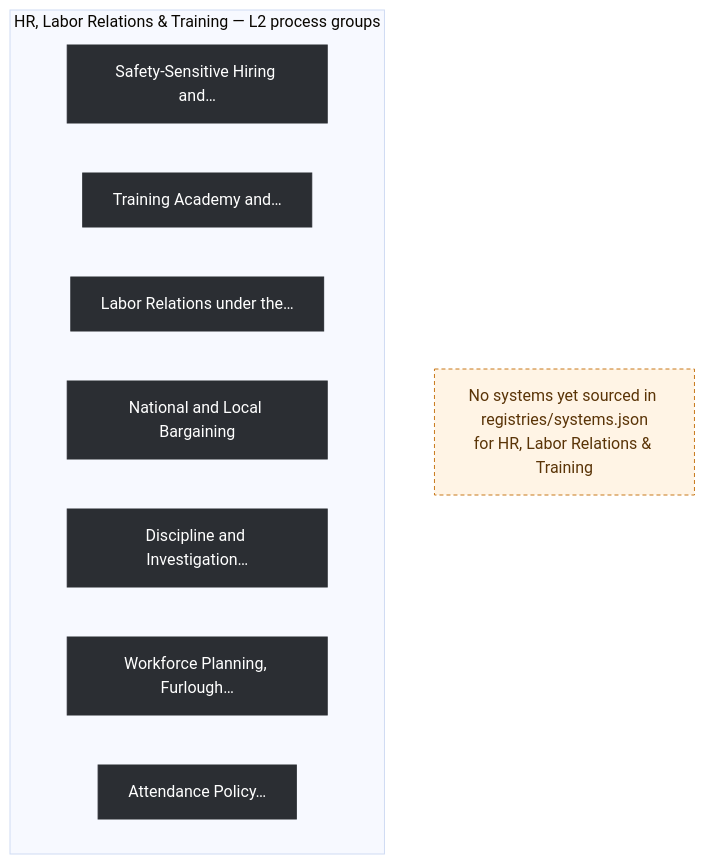
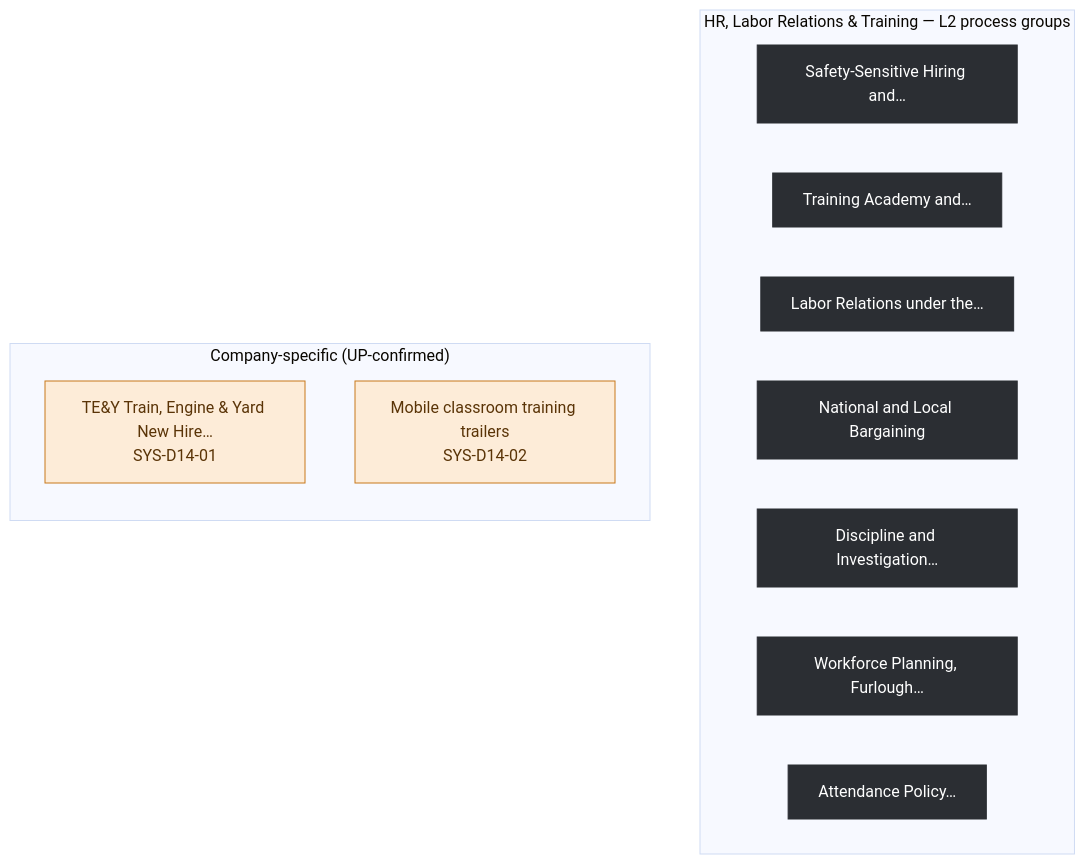
The diagram in ea-diagrams/rr-14-hr-labor-relations-training.mmd (ghatk047/rail-wiki), drawn with Mermaid before and after one commit. The commit also changed 16 other files, not shown here.

```diff
--- a/ea-diagrams/rr-14-hr-labor-relations-training.mmd
+++ b/ea-diagrams/rr-14-hr-labor-relations-training.mmd
@@ -1,23 +1,27 @@
 %%{init: {'flowchart': {'curve': 'basis'}, 'theme':'base'}}%%
 flowchart TB
 
   subgraph PROCS["HR, Labor Relations & Training — L2 process groups"]
     direction LR
     G1["Safety-Sensitive Hiring and…"]:::l2
     G2["Training Academy and…"]:::l2
     G3["Labor Relations under the…"]:::l2
     G4["National and Local Bargaining"]:::l2
     G5["Discipline and Investigation…"]:::l2
     G6["Workforce Planning, Furlough…"]:::l2
     G7["Attendance Policy…"]:::l2
   end
 
-  NONE["No systems yet sourced in registries/systems.json\nfor HR, Labor Relations & Training"]:::empty
+  subgraph COMPANY["Company-specific (UP-confirmed)"]
+    direction TB
+    C1["TE&Y Train, Engine & Yard New Hire…\nSYS-D14-01"]:::company
+    C2["Mobile classroom training trailers\nSYS-D14-02"]:::company
+  end
 
   %% No generated process yet cites a system in this domain -- no usage edges to draw
 
 classDef l2 fill:#2b2e33,color:#fff,stroke:#2b2e33
 classDef company fill:#fdecd8,stroke:#c8791a,color:#5a3407
 classDef industry fill:#e6e9ec,stroke:#5c5f66,color:#2b2e33
 classDef other fill:#f2f2f0,stroke:#9a9da3,color:#3d4348
 classDef empty fill:#fff4e5,stroke:#c8791a,color:#5a3407,stroke-dasharray: 4 3
```
